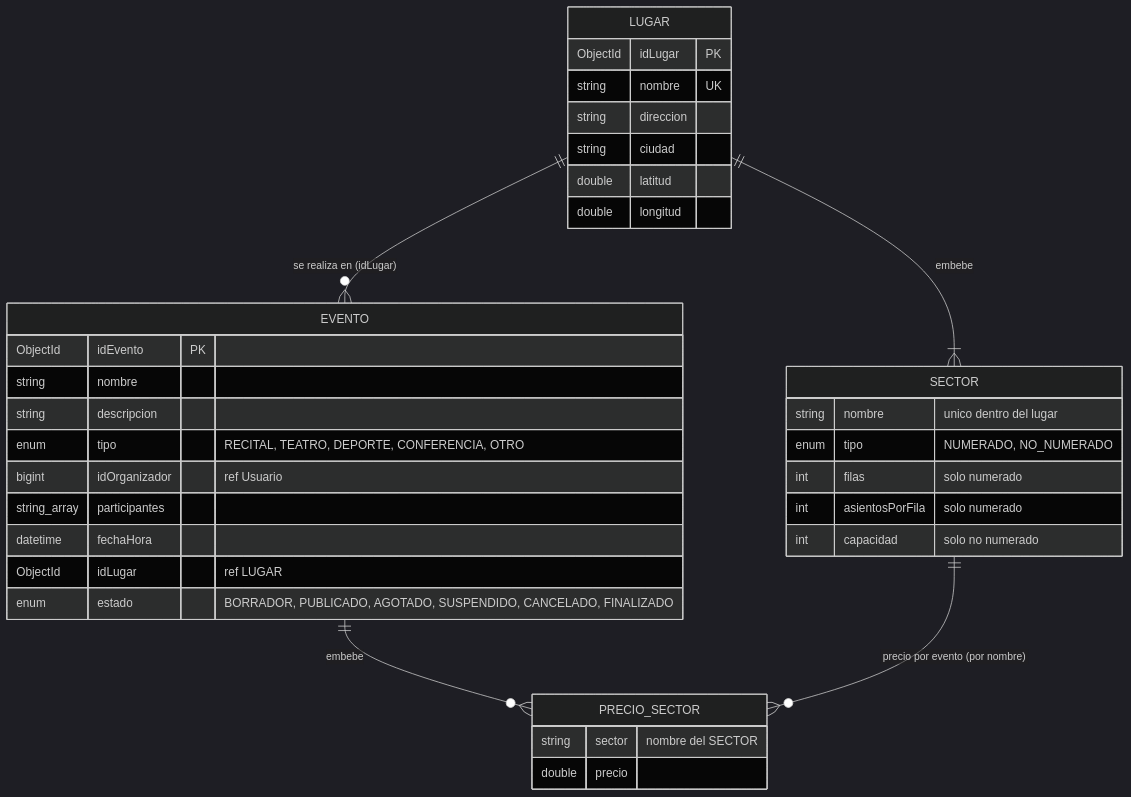
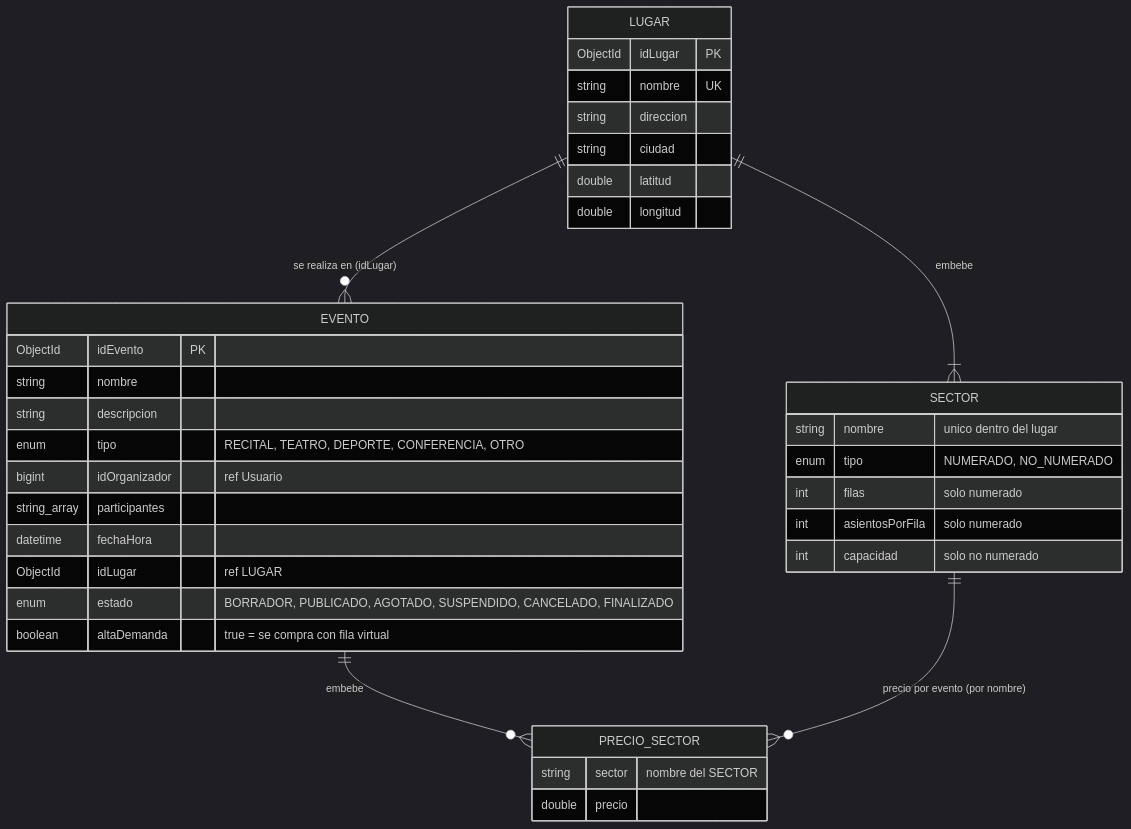
One commit to gonsalomon/TPs-Arquitecturas-Web changed the third of 10 diagrams in SistemaTicketYa/docs/diagramas.md. Above: the diagram before and after it, drawn with Mermaid (dark theme). The commit also changed other lines of this file and 41 other files, not shown here.

````diff
--- a/SistemaTicketYa/docs/diagramas.md
+++ b/SistemaTicketYa/docs/diagramas.md
@@ -120,38 +161,39 @@
 ```mermaid
 erDiagram
     LUGAR ||--|{ SECTOR : "embebe"
     LUGAR ||--o{ EVENTO : "se realiza en (idLugar)"
     EVENTO ||--o{ PRECIO_SECTOR : "embebe"
     SECTOR ||--o{ PRECIO_SECTOR : "precio por evento (por nombre)"
 
     LUGAR {
         ObjectId idLugar PK
         string nombre UK
         string direccion
         string ciudad
         double latitud
         double longitud
     }
     SECTOR {
         string nombre "unico dentro del lugar"
         enum tipo "NUMERADO, NO_NUMERADO"
         int filas "solo numerado"
         int asientosPorFila "solo numerado"
         int capacidad "solo no numerado"
     }
     EVENTO {
         ObjectId idEvento PK
         string nombre
         string descripcion
         enum tipo "RECITAL, TEATRO, DEPORTE, CONFERENCIA, OTRO"
         bigint idOrganizador "ref Usuario"
         string_array participantes
         datetime fechaHora
         ObjectId idLugar "ref LUGAR"
         enum estado "BORRADOR, PUBLICADO, AGOTADO, SUSPENDIDO, CANCELADO, FINALIZADO"
+        boolean altaDemanda "true = se compra con fila virtual"
     }
     PRECIO_SECTOR {
         string sector "nombre del SECTOR"
         double precio
     }
 ```
````
